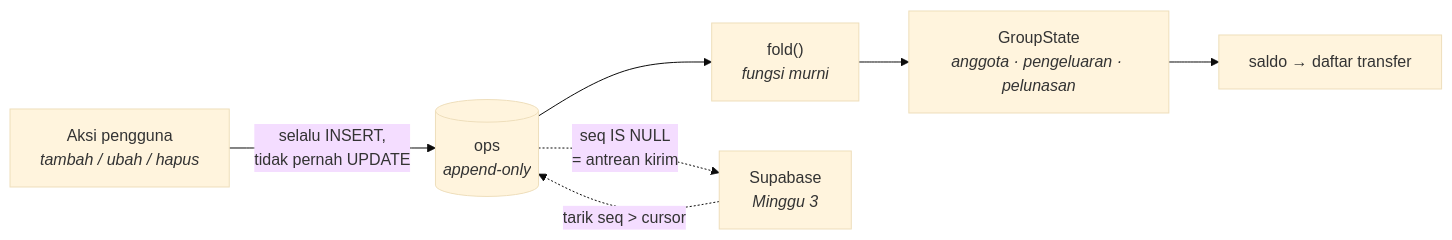
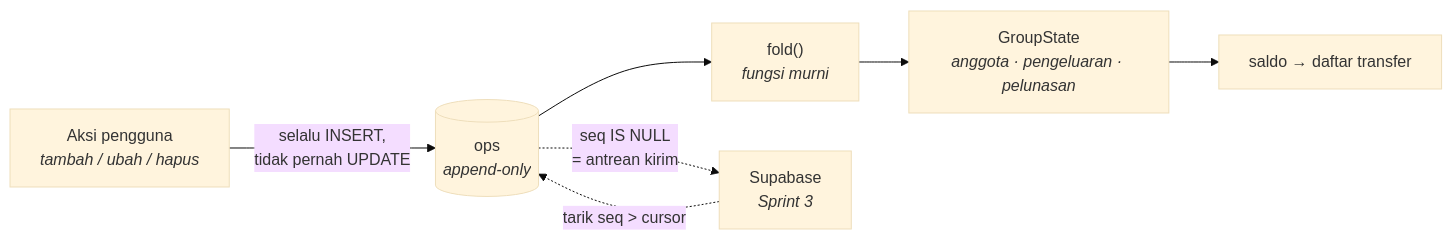
One commit to Aeroo11/shareyow changed the diagram in README.md. Above: the diagram before and after it, drawn with Mermaid (base theme). The commit also changed other lines of this file and 22 other files, not shown here.

````diff
--- a/README.md
+++ b/README.md
@@ -44,13 +49,13 @@
 ```mermaid
 flowchart LR
   U["Aksi pengguna<br/><i>tambah / ubah / hapus</i>"]
   O[("ops<br/><i>append-only</i>")]
   F["fold()<br/><i>fungsi murni</i>"]
   S["GroupState<br/><i>anggota · pengeluaran · pelunasan</i>"]
   B["saldo → daftar transfer"]
 
   U -->|"selalu INSERT,<br/>tidak pernah UPDATE"| O
   O --> F --> S --> B
-  O -.->|"seq IS NULL<br/>= antrean kirim"| X["Supabase<br/><i>Minggu 3</i>"]
+  O -.->|"seq IS NULL<br/>= antrean kirim"| X["Supabase<br/><i>Sprint 3</i>"]
   X -.->|"tarik seq > cursor"| O
 ```
````
